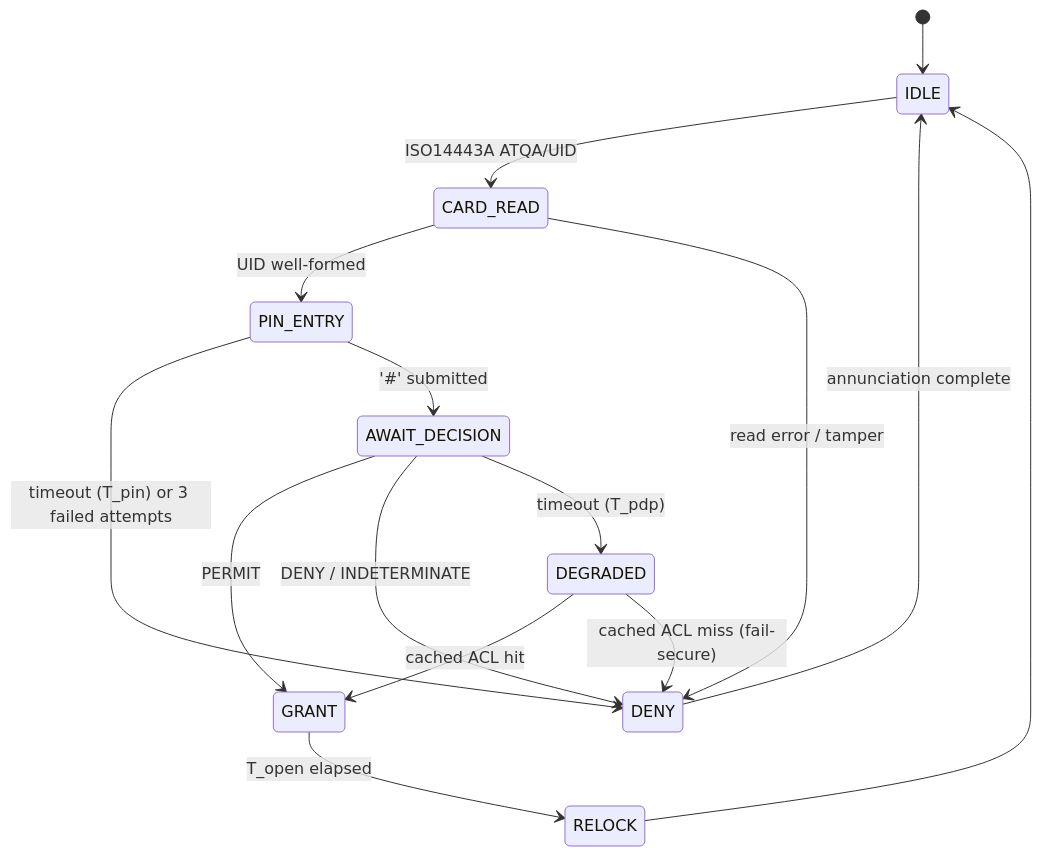
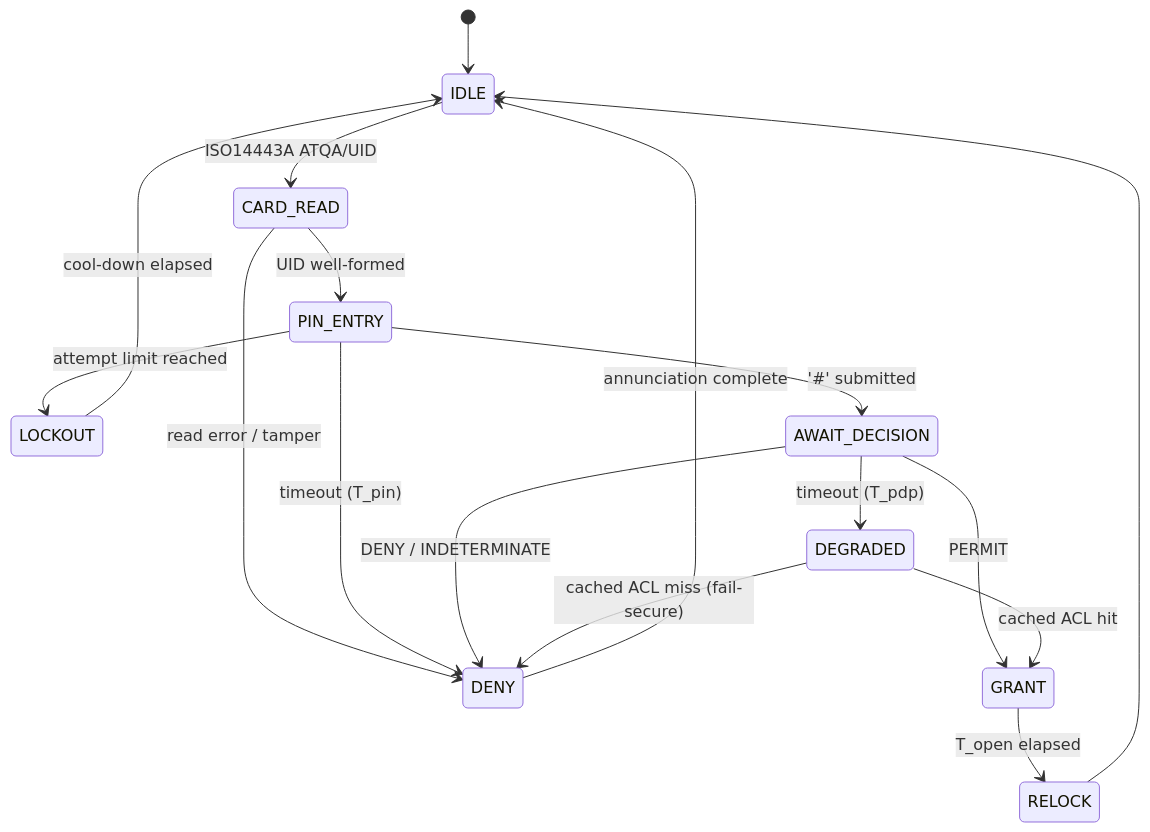
Before and after one commit to EMCISHackathon/iot-hardware: the second of 2 diagrams in README.md, drawn with Mermaid. The commit also changed other lines of this file and 27 other files, not shown here.

Commit message:
feat: esp32 gateway with schematic view.

````diff
--- a/README.md
+++ b/README.md
@@ -220,17 +244,19 @@
 ```mermaid
 stateDiagram-v2
     [*] --> IDLE
     IDLE --> CARD_READ : ISO14443A ATQA/UID
     CARD_READ --> PIN_ENTRY : UID well-formed
     CARD_READ --> DENY : read error / tamper
-    PIN_ENTRY --> DENY : timeout (T_pin) or 3 failed attempts
+    PIN_ENTRY --> DENY : timeout (T_pin)
+    PIN_ENTRY --> LOCKOUT : attempt limit reached
     PIN_ENTRY --> AWAIT_DECISION : '#' submitted
+    LOCKOUT --> IDLE : cool-down elapsed
     AWAIT_DECISION --> GRANT : PERMIT
     AWAIT_DECISION --> DENY : DENY / INDETERMINATE
     AWAIT_DECISION --> DEGRADED : timeout (T_pdp)
     DEGRADED --> GRANT : cached ACL hit
     DEGRADED --> DENY : cached ACL miss (fail-secure)
     GRANT --> RELOCK : T_open elapsed
     DENY --> IDLE : annunciation complete
     RELOCK --> IDLE
 ```
````
